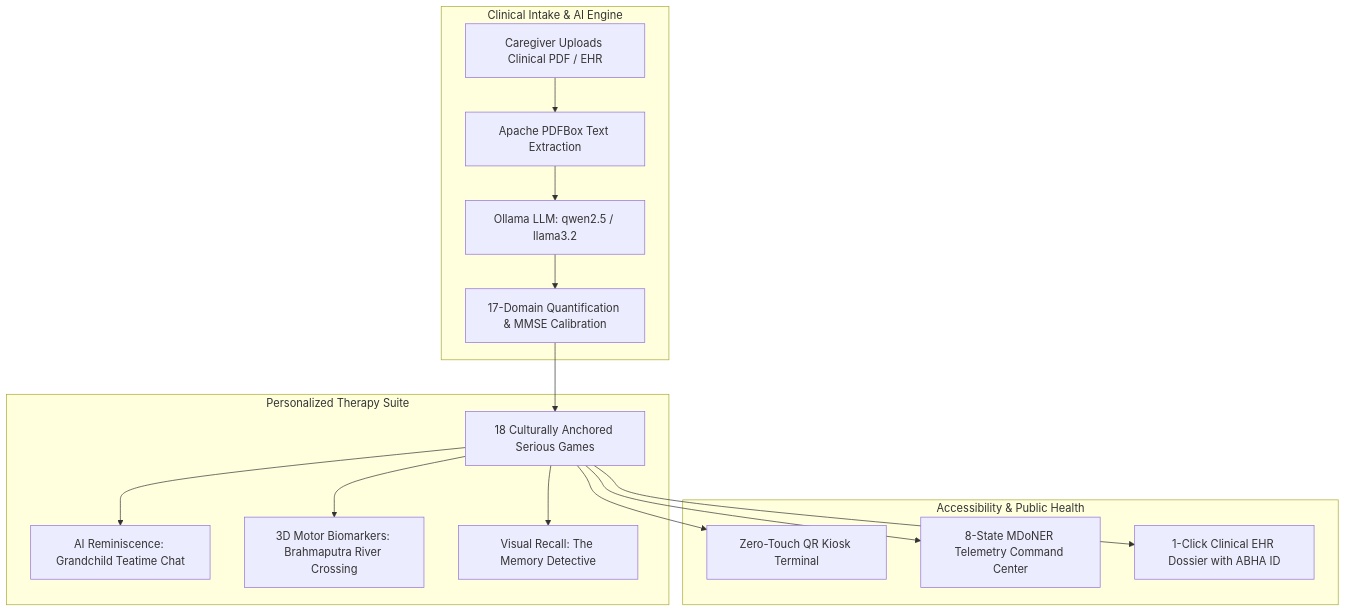
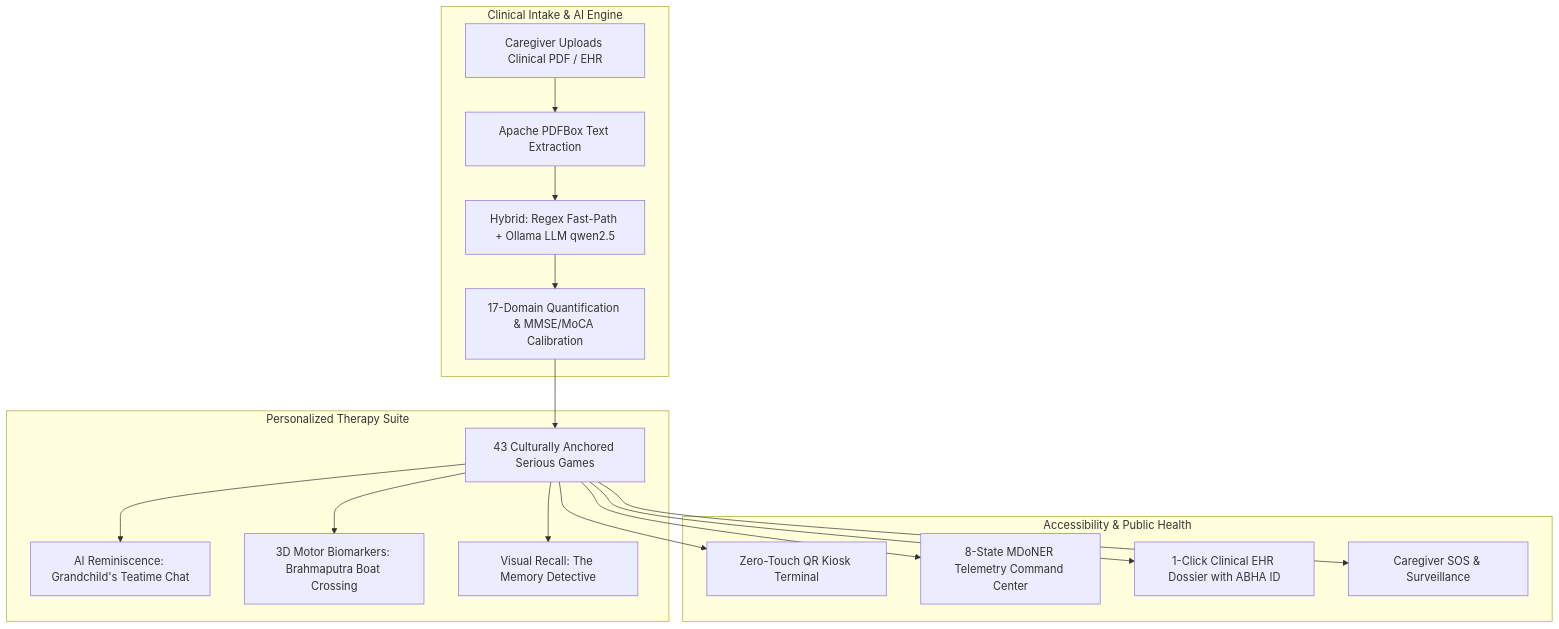
One commit to SachinyadavAug20/Cognitive-Gaming-Memory-Assistance-Platform changed the diagram in README.md. Above: the diagram before and after it, drawn with Mermaid. The commit also changed other lines of this file and 32 other files, not shown here.

````diff
--- a/README.md
+++ b/README.md
@@ -14,21 +14,22 @@
 ```mermaid
 graph TD
     subgraph Clinical Intake & AI Engine
         A[Caregiver Uploads Clinical PDF / EHR] --> B[Apache PDFBox Text Extraction]
-        B --> C[Ollama LLM: qwen2.5 / llama3.2]
-        C --> D[17-Domain Quantification & MMSE Calibration]
+        B --> C[Hybrid: Regex Fast-Path + Ollama LLM qwen2.5]
+        C --> D[17-Domain Quantification & MMSE/MoCA Calibration]
     end
 
     subgraph Personalized Therapy Suite
-        D --> E[18 Culturally Anchored Serious Games]
-        E --> F1[AI Reminiscence: Grandchild Teatime Chat]
-        E --> F2[3D Motor Biomarkers: Brahmaputra River Crossing]
+        D --> E[43 Culturally Anchored Serious Games]
+        E --> F1[AI Reminiscence: Grandchild's Teatime Chat]
+        E --> F2[3D Motor Biomarkers: Brahmaputra Boat Crossing]
         E --> F3[Visual Recall: The Memory Detective]
     end
 
     subgraph Accessibility & Public Health
         E --> G[Zero-Touch QR Kiosk Terminal]
         E --> H[8-State MDoNER Telemetry Command Center]
         E --> I[1-Click Clinical EHR Dossier with ABHA ID]
+        E --> J[Caregiver SOS & Surveillance]
     end
 ```
````
